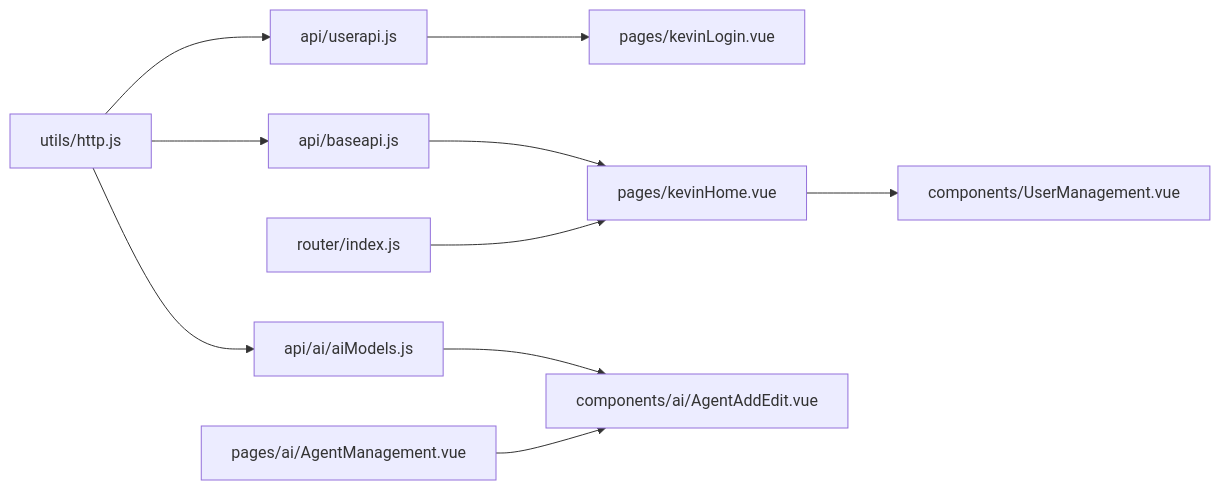
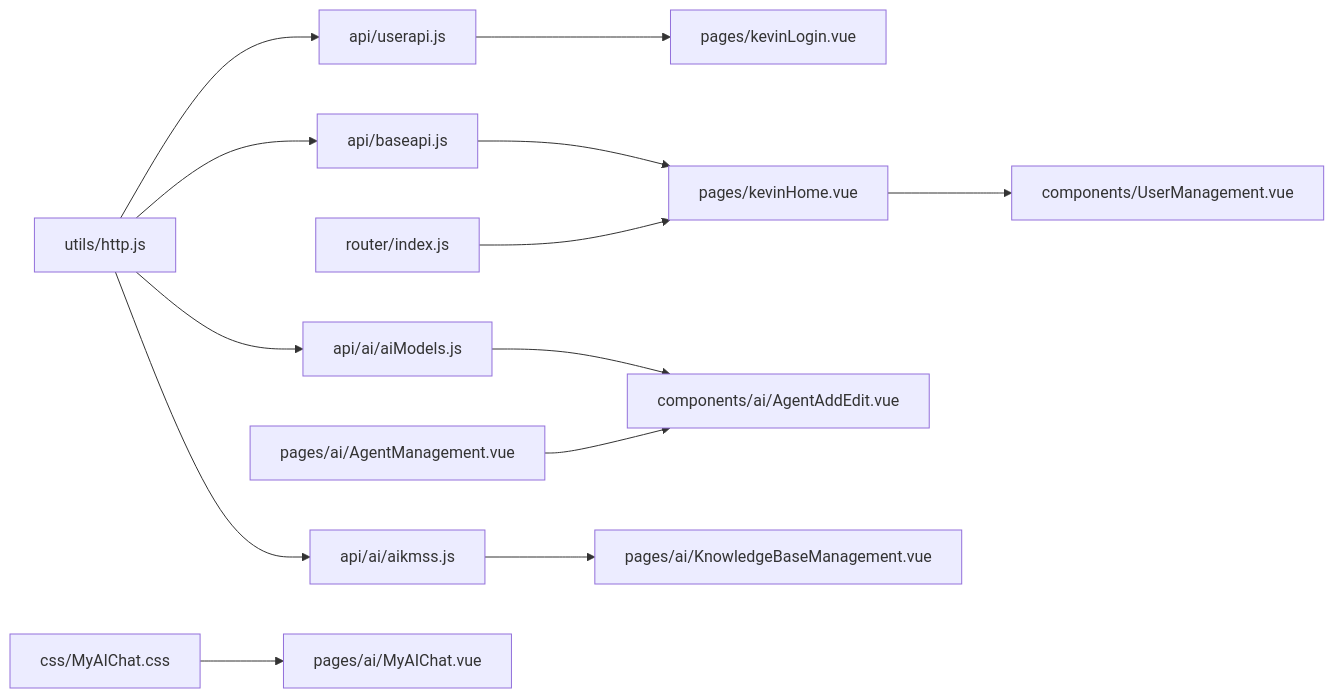
One commit to junkai-li/NetCoreKevin changed the eighth of 8 diagrams in .qoder/repowiki/zh/content/前端架构/前端架构.md. Above: the diagram before and after it, drawn with Mermaid. The commit also changed other lines of this file and 45 other files, not shown here.

````diff
--- a/.qoder/repowiki/zh/content/前端架构/前端架构.md
+++ b/.qoder/repowiki/zh/content/前端架构/前端架构.md
@@ -330,12 +371,15 @@
 ```mermaid
 graph LR
 http["utils/http.js"] --> api_user["api/userapi.js"]
 http --> api_base["api/baseapi.js"]
 http --> api_models["api/ai/aiModels.js"]
+http --> api_kmss["api/ai/aikmss.js"]
 api_user --> pages_login["pages/kevinLogin.vue"]
 api_base --> pages_home["pages/kevinHome.vue"]
 api_models --> components_agent["components/ai/AgentAddEdit.vue"]
+api_kmss --> pages_kb["pages/ai/KnowledgeBaseManagement.vue"]
 router["router/index.js"] --> pages_home
 pages_home --> components_um["components/UserManagement.vue"]
 pages_agent["pages/ai/AgentManagement.vue"] --> components_agent
+styles["css/MyAIChat.css"] --> pages_chat["pages/ai/MyAIChat.vue"]
 ```
````
